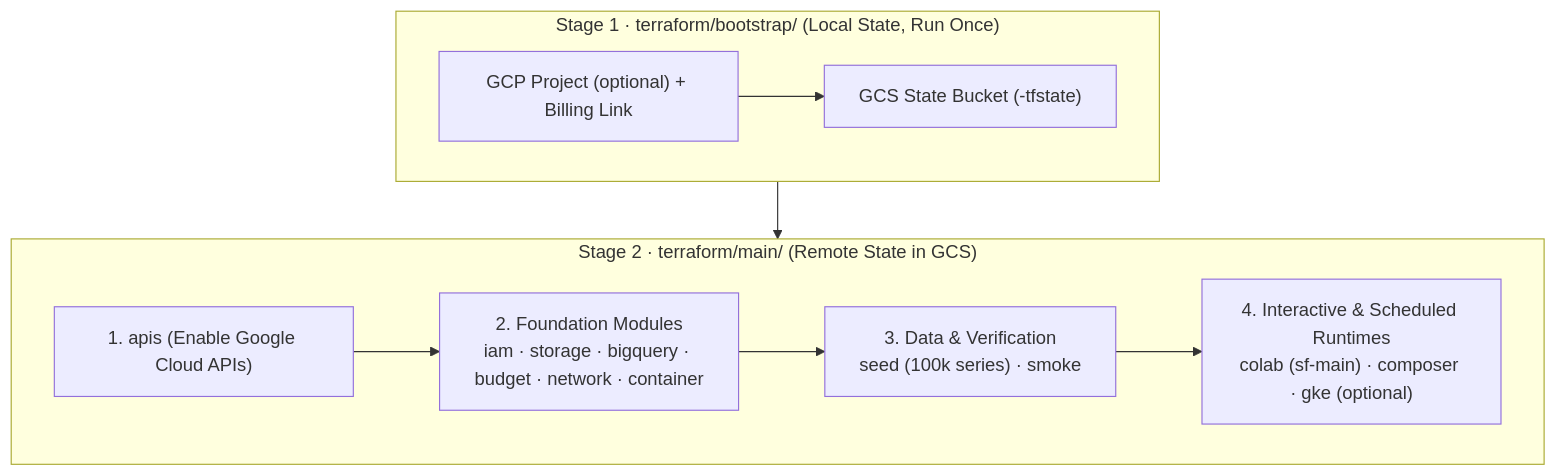
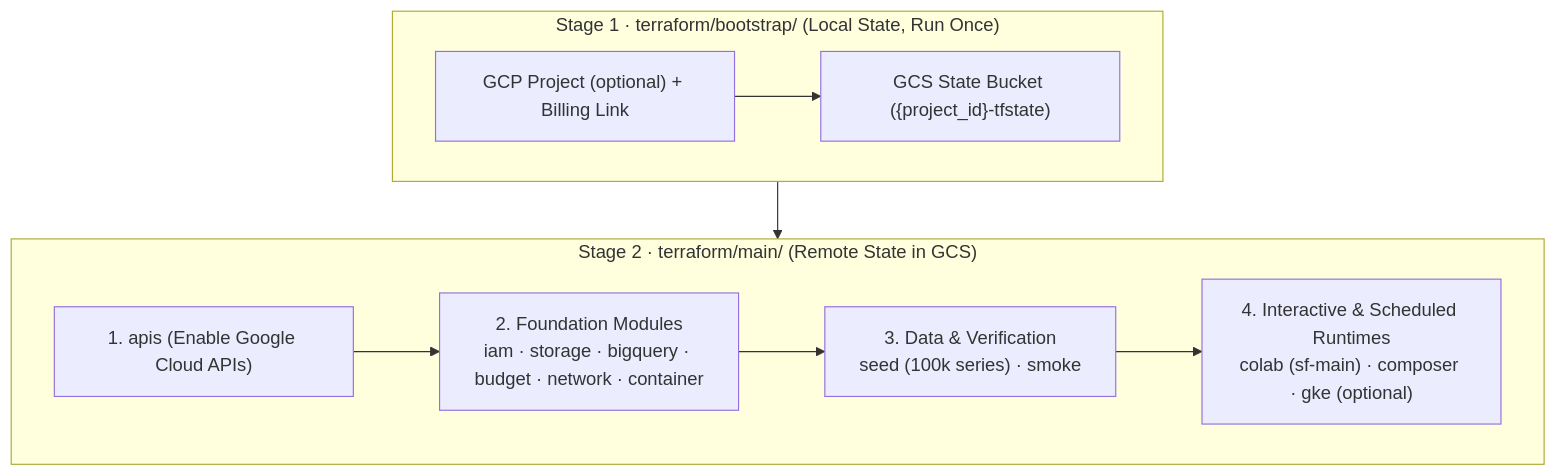
Before and after one commit to statmike/scale-forecasting: the diagram in docs/deploying_on_gcp.md, drawn with Mermaid. The commit also changed 14 other files, not shown here.

Commit message:
docs(mermaid): reconfigure wide diagrams to vertical TD layout with concise labels

````diff
--- a/docs/deploying_on_gcp.md
+++ b/docs/deploying_on_gcp.md
@@ -25,12 +25,12 @@
 ```mermaid
 flowchart TD
     subgraph Stage1["Stage 1 · terraform/bootstrap/ (Local State, Run Once)"]
-        B1["GCP Project (optional) + Billing Link"] --> B2["GCS State Bucket (<project_id>-tfstate)"]
+        B1["GCP Project (optional) + Billing Link"] --> B2["GCS State Bucket ({project_id}-tfstate)"]
     end
     subgraph Stage2["Stage 2 · terraform/main/ (Remote State in GCS)"]
         M_API["1. apis (Enable Google Cloud APIs)"] --> M_CORE["2. Foundation Modules<br/>iam · storage · bigquery · budget · network · container"]
         M_CORE --> M_DATA["3. Data & Verification<br/>seed (100k series) · smoke"]
         M_DATA --> M_WORK["4. Interactive & Scheduled Runtimes<br/>colab (sf-main) · composer · gke (optional)"]
     end
     Stage1 --> Stage2
 ```
````
